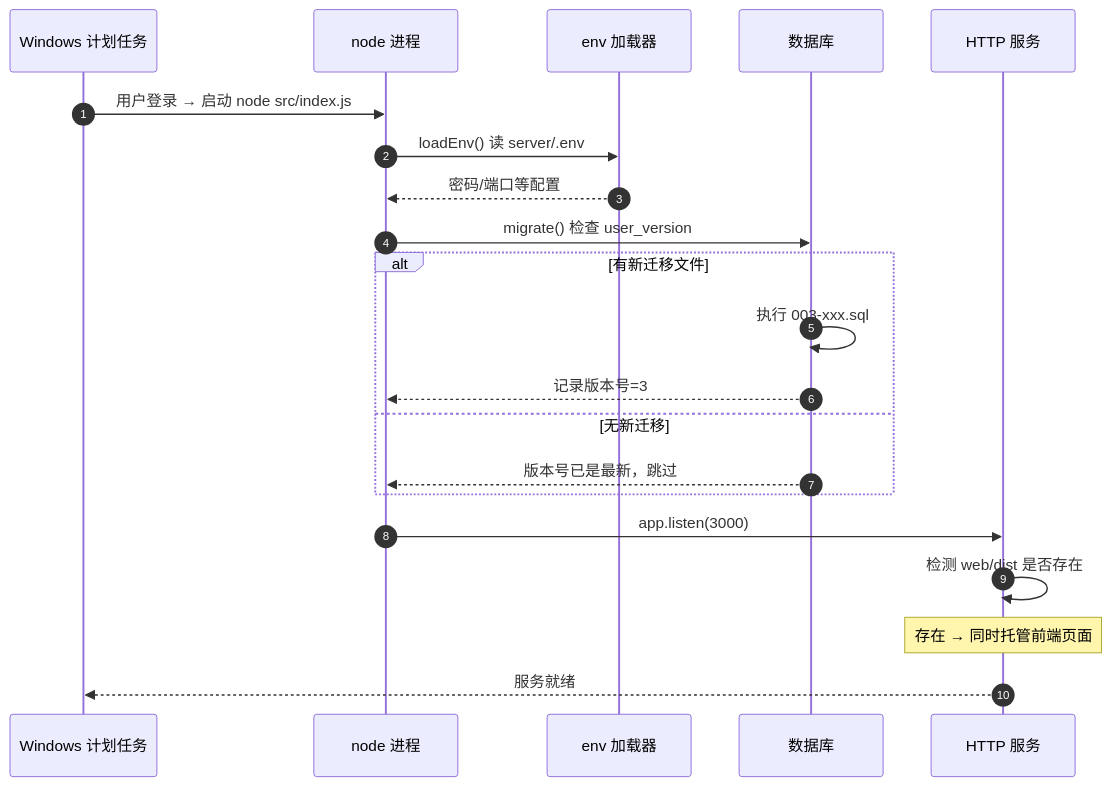
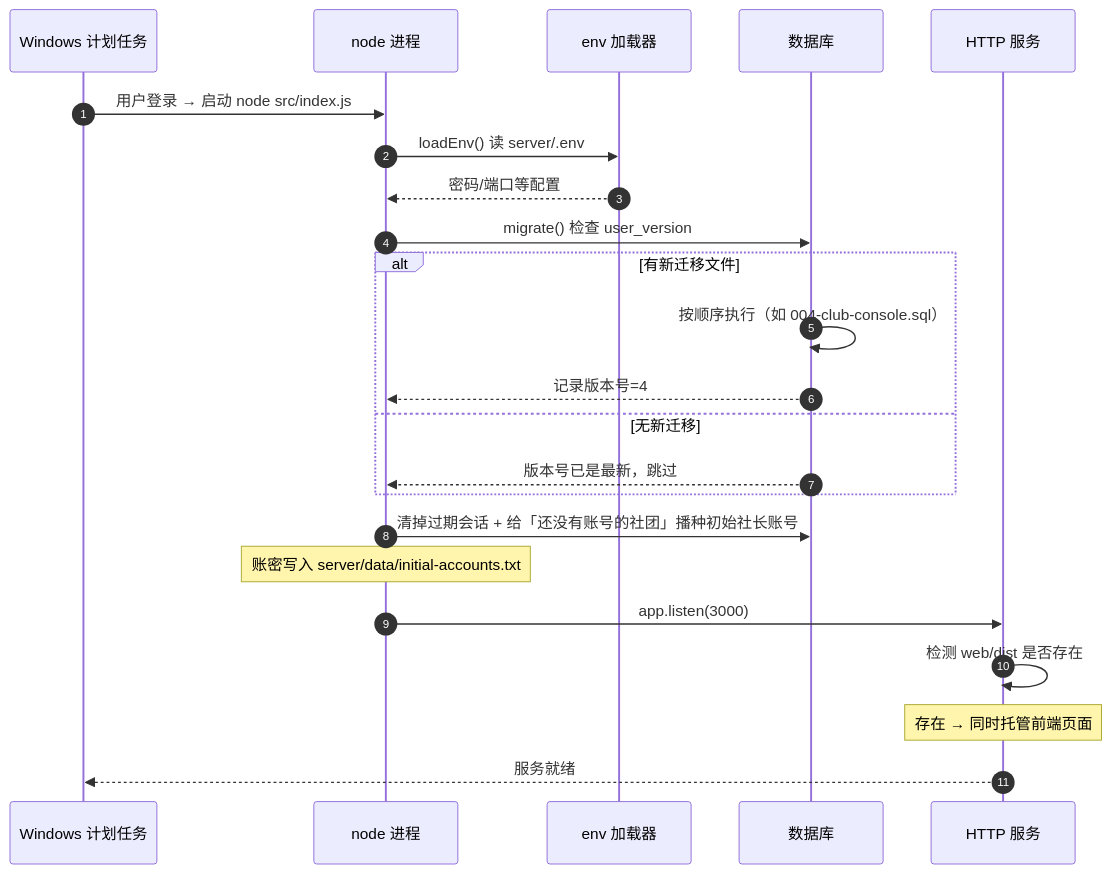
The sixth of 13 diagrams in docs/BEGINNER_GUIDE.md (LLLDIOT/community), drawn with Mermaid before and after one commit. The commit also changed other lines of this file and 37 other files, not shown here.

````diff
--- a/docs/BEGINNER_GUIDE.md
+++ b/docs/BEGINNER_GUIDE.md
@@ -221,24 +281,26 @@
 ```mermaid
 sequenceDiagram
     autonumber
     participant T as Windows 计划任务
     participant N as node 进程
     participant E as env 加载器
     participant D as 数据库
     participant H as HTTP 服务
 
     T->>N: 用户登录 → 启动 node src/index.js
     N->>E: loadEnv() 读 server/.env
     E-->>N: 密码/端口等配置
     N->>D: migrate() 检查 user_version
     alt 有新迁移文件
-        D->>D: 执行 003-xxx.sql
-        D-->>N: 记录版本号=3
+        D->>D: 按顺序执行（如 004-club-console.sql）
+        D-->>N: 记录版本号=4
     else 无新迁移
         D-->>N: 版本号已是最新，跳过
     end
+    N->>D: 清掉过期会话 + 给「还没有账号的社团」播种初始社长账号
+    Note over N: 账密写入 server/data/initial-accounts.txt
     N->>H: app.listen(3000)
     H->>H: 检测 web/dist 是否存在
     Note over H: 存在 → 同时托管前端页面
     H-->>T: 服务就绪
 ```
````
